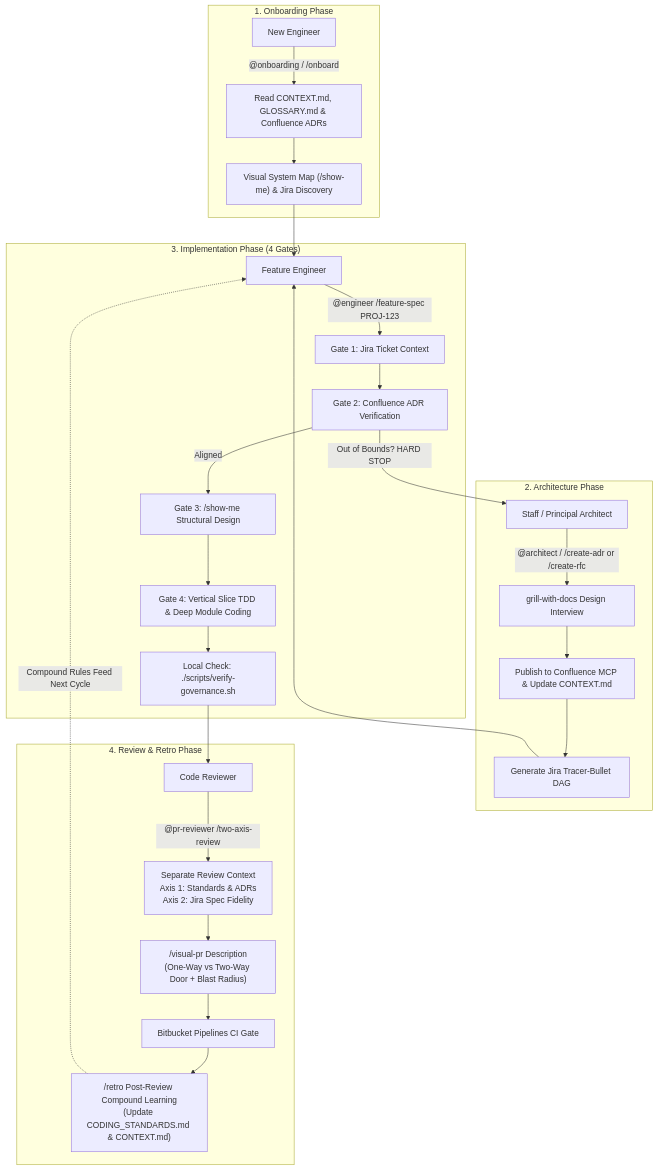
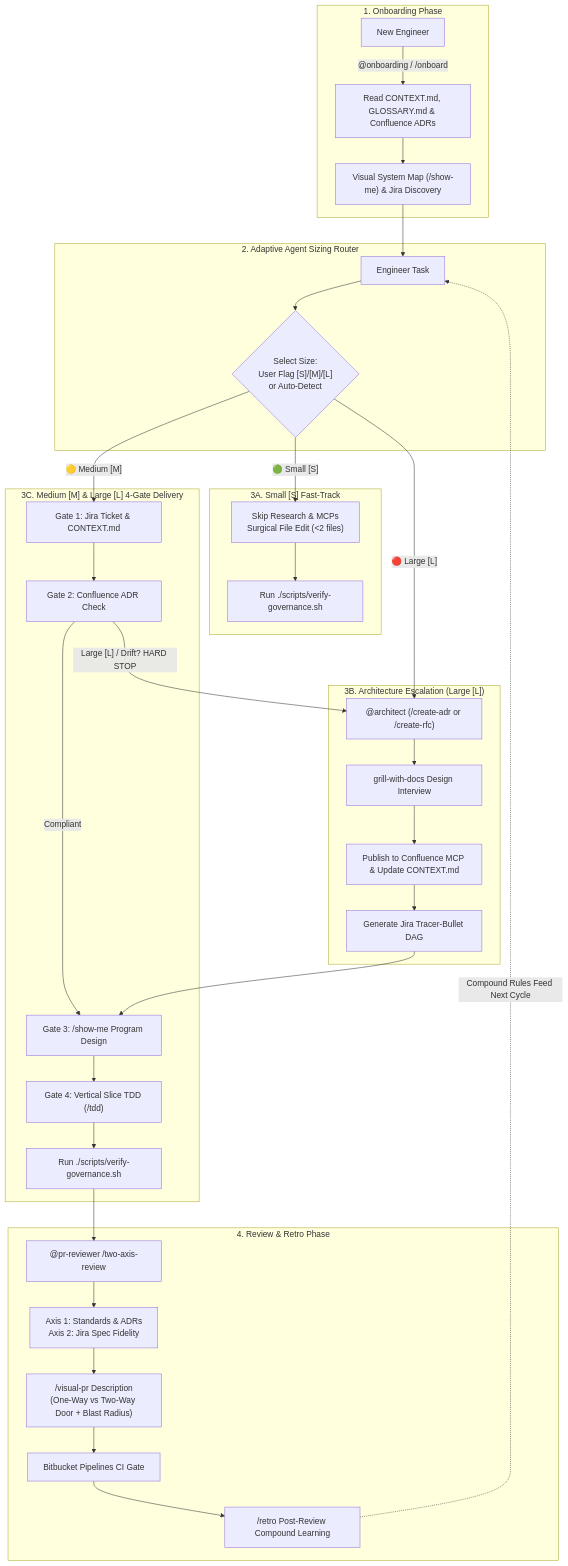
One commit to bpoti001/software-factory changed the sixth of 6 diagrams in README.md. Above: the diagram before and after it, drawn with Mermaid. The commit also changed other lines of this file and 6 other files, not shown here.

Commit message:
feat: add Small/Medium/Large adaptive agent sizing with user override and zero-research fast-track

````diff
--- a/README.md
+++ b/README.md
@@ -224,34 +295,44 @@
 ```mermaid
 flowchart TD
     subgraph Onboarding["1. Onboarding Phase"]
         O1["New Engineer"] -->|"@onboarding / /onboard"| O2["Read CONTEXT.md, GLOSSARY.md & Confluence ADRs"]
         O2 --> O3["Visual System Map (/show-me) & Jira Discovery"]
     end
 
-    subgraph Architecture["2. Architecture Phase"]
-        A1["Staff / Principal Architect"] -->|"@architect / /create-adr or /create-rfc"| A2["grill-with-docs Design Interview"]
+    subgraph Sizing["2. Adaptive Agent Sizing Router"]
+        E1["Engineer Task"] --> ESize{"Select Size:\nUser Flag [S]/[M]/[L]\nor Auto-Detect"}
+    end
+
+    subgraph SmallPath["3A. Small [S] Fast-Track"]
+        S_Edit["Skip Research & MCPs\nSurgical File Edit (<2 files)"] --> S_Guard["Run ./scripts/verify-governance.sh"]
+    end
+
+    subgraph Architecture["3B. Architecture Escalation (Large [L])"]
+        A1["@architect (/create-adr or /create-rfc)"] --> A2["grill-with-docs Design Interview"]
         A2 --> A3["Publish to Confluence MCP & Update CONTEXT.md"]
         A3 --> A4["Generate Jira Tracer-Bullet DAG"]
     end
 
-    subgraph Engineering["3. Implementation Phase (4 Gates)"]
-        E1["Feature Engineer"] -->|"@engineer /feature-spec PROJ-123"| E2["Gate 1: Jira Ticket Context"]
-        E2 --> E3["Gate 2: Confluence ADR Verification"]
-        E3 -->|"Out of Bounds? HARD STOP"| A1
-        E3 -->|"Aligned"| E4["Gate 3: /show-me Structural Design"]
-        E4 --> E5["Gate 4: Vertical Slice TDD & Deep Module Coding"]
-        E5 --> E6["Local Check: ./scripts/verify-governance.sh"]
+    subgraph Engineering["3C. Medium [M] & Large [L] 4-Gate Delivery"]
+        M1["Gate 1: Jira Ticket & CONTEXT.md"] --> M2["Gate 2: Confluence ADR Check"]
+        M2 -->|"Large [L] / Drift? HARD STOP"| A1
+        M2 -->|"Compliant"| M3["Gate 3: /show-me Program Design"]
+        M3 --> M4["Gate 4: Vertical Slice TDD (/tdd)"]
+        M4 --> M5["Run ./scripts/verify-governance.sh"]
     end
 
     subgraph Review["4. Review & Retro Phase"]
-        R1["Code Reviewer"] -->|"@pr-reviewer /two-axis-review"| R2["Separate Review Context\nAxis 1: Standards & ADRs\nAxis 2: Jira Spec Fidelity"]
+        R1["@pr-reviewer /two-axis-review"] --> R2["Axis 1: Standards & ADRs\nAxis 2: Jira Spec Fidelity"]
         R2 --> R3["/visual-pr Description\n(One-Way vs Two-Way Door + Blast Radius)"]
         R3 --> R4["Bitbucket Pipelines CI Gate"]
-        R4 --> R5["/retro Post-Review Compound Learning\n(Update CODING_STANDARDS.md & CONTEXT.md)"]
+        R4 --> R5["/retro Post-Review Compound Learning"]
     end
 
     O3 --> E1
-    A4 --> E1
-    E6 --> R1
+    ESize -->|"🟢 Small [S]"| S_Edit
+    ESize -->|"🟡 Medium [M]"| M1
+    ESize -->|"🔴 Large [L]"| A1
+    A4 --> M3
+    M5 --> R1
     R5 -.->|"Compound Rules Feed Next Cycle"| E1
 ```
````
